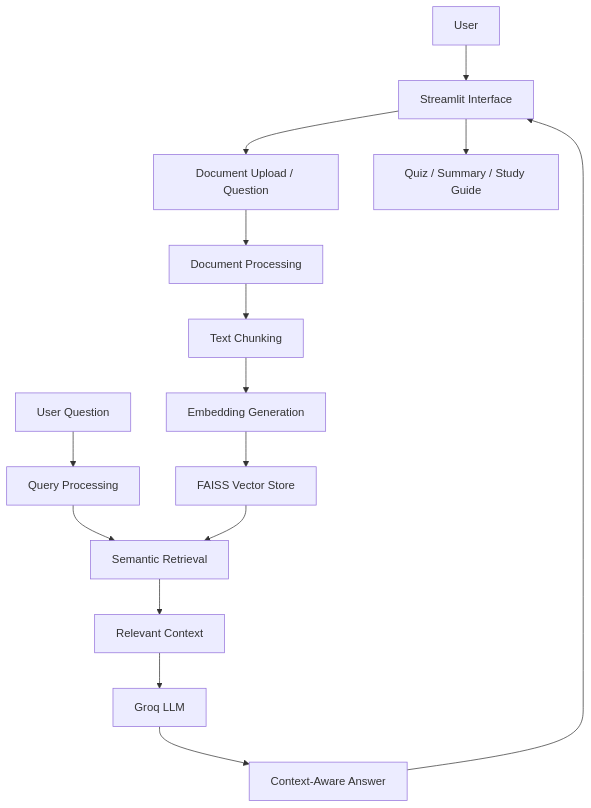
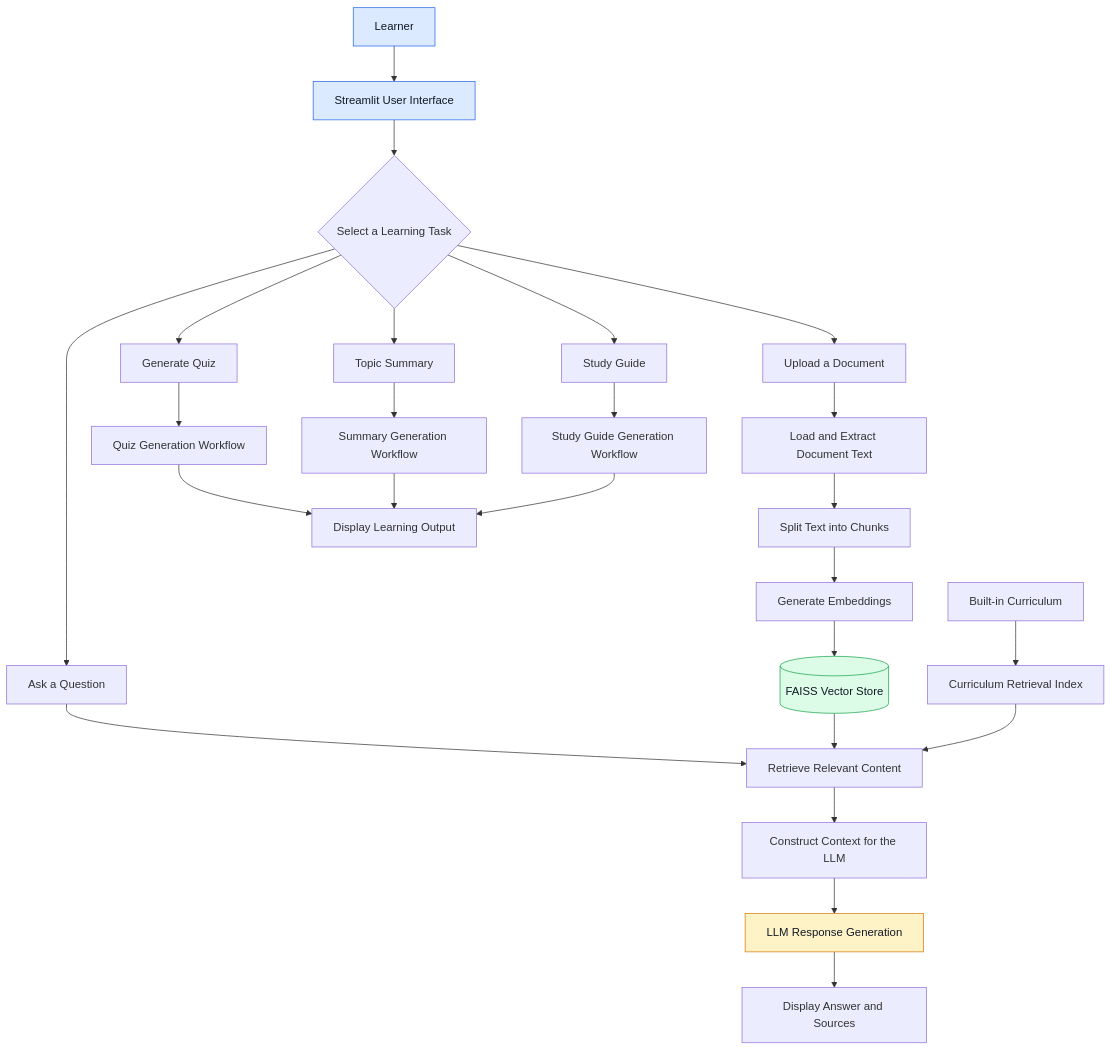
The diagram in README.md (S2023-maker/EduSmart-Agentic-RAG), drawn with Mermaid before and after one commit. The commit also changed other lines of this file, not shown here.

Commit message:
Expand README with architecture flowchart and project details

````diff
--- a/README.md
+++ b/README.md
@@ -56,17 +44,39 @@
 ```mermaid
 flowchart TD
-    A[User] --> B[Streamlit Interface]
-    B --> C[Document Upload / Question]
-    C --> D[Document Processing]
-    D --> E[Text Chunking]
-    E --> F[Embedding Generation]
-    F --> G[FAISS Vector Store]
-    H[User Question] --> I[Query Processing]
-    I --> J[Semantic Retrieval]
-    G --> J
-    J --> K[Relevant Context]
-    K --> L[Groq LLM]
-    L --> M[Context-Aware Answer]
-    M --> B
-    B --> N[Quiz / Summary / Study Guide]
+    A["Learner"] --> B["Streamlit User Interface"]
+
+    B --> C{"Select a Learning Task"}
+
+    C --> D["Ask a Question"]
+    C --> E["Upload a Document"]
+    C --> F["Generate Quiz"]
+    C --> G["Topic Summary"]
+    C --> H["Study Guide"]
+
+    E --> I["Load and Extract Document Text"]
+    I --> J["Split Text into Chunks"]
+    J --> K["Generate Embeddings"]
+    K --> L[("FAISS Vector Store")]
+
+    M["Built-in Curriculum"] --> N["Curriculum Retrieval Index"]
+    D --> O["Retrieve Relevant Content"]
+    L --> O
+    N --> O
+
+    O --> P["Construct Context for the LLM"]
+    P --> Q["LLM Response Generation"]
+    Q --> R["Display Answer and Sources"]
+
+    F --> S["Quiz Generation Workflow"]
+    G --> T["Summary Generation Workflow"]
+    H --> U["Study Guide Generation Workflow"]
+
+    S --> V["Display Learning Output"]
+    T --> V
+    U --> V
+
+    style A fill:#dbeafe,stroke:#2563eb,color:#111827
+    style B fill:#dbeafe,stroke:#2563eb,color:#111827
+    style L fill:#dcfce7,stroke:#16a34a,color:#111827
+    style Q fill:#fef3c7,stroke:#d97706,color:#111827
 ```
````
